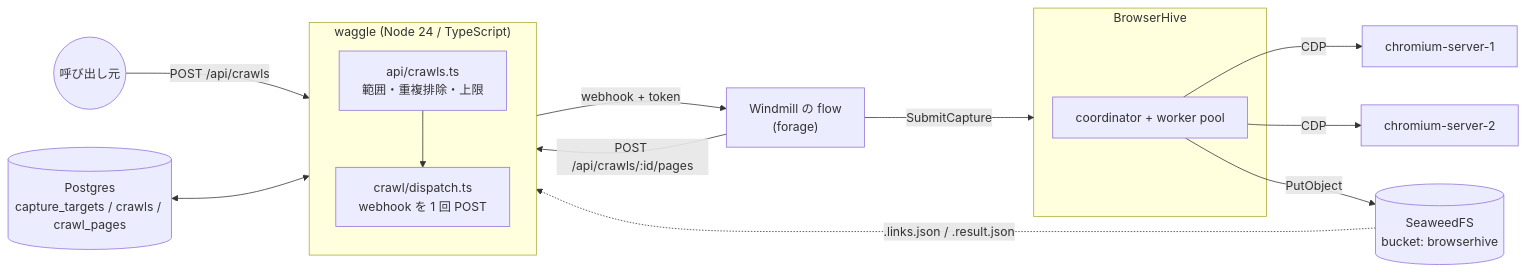
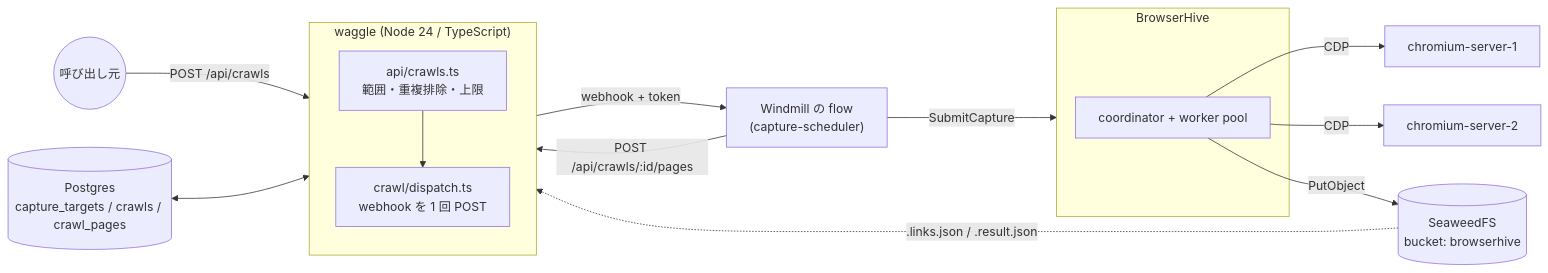
One commit to uraitakahito/waggle changed the first of 2 diagrams in docs-site/src/content/docs/ja/architecture.mdx. Above: the diagram before and after it, drawn with Mermaid. The commit also changed 17 other files, not shown here.

First line of the commit message:
docs: スケジューラの名前に追随する（forage → capture-scheduler）

````diff
--- a/docs-site/src/content/docs/ja/architecture.mdx
+++ b/docs-site/src/content/docs/ja/architecture.mdx
@@ -8,21 +8,21 @@
 ```mermaid
 flowchart LR
   U((呼び出し元)) -->|"POST /api/crawls"| W
   PG[("Postgres<br/>capture_targets / crawls / crawl_pages")] <--> W
   subgraph W["waggle (Node 24 / TypeScript)"]
     direction TB
     API["api/crawls.ts<br/>範囲・重複排除・上限"]
     DIS["crawl/dispatch.ts<br/>webhook を 1 回 POST"]
     API --> DIS
   end
-  DIS -->|"webhook + token"| WM["Windmill の flow<br/>(forage)"]
+  DIS -->|"webhook + token"| WM["Windmill の flow<br/>(capture-scheduler)"]
   WM -->|SubmitCapture| BH
   subgraph BH["BrowserHive"]
     COORD[coordinator + worker pool]
   end
   COORD -->|CDP| C1[chromium-server-1]
   COORD -->|CDP| C2[chromium-server-2]
   COORD -->|PutObject| S3[(SeaweedFS<br/>bucket: browserhive)]
   WM -->|"POST /api/crawls/:id/pages"| API
   S3 -.->|".links.json / .result.json"| API
 ```
````
